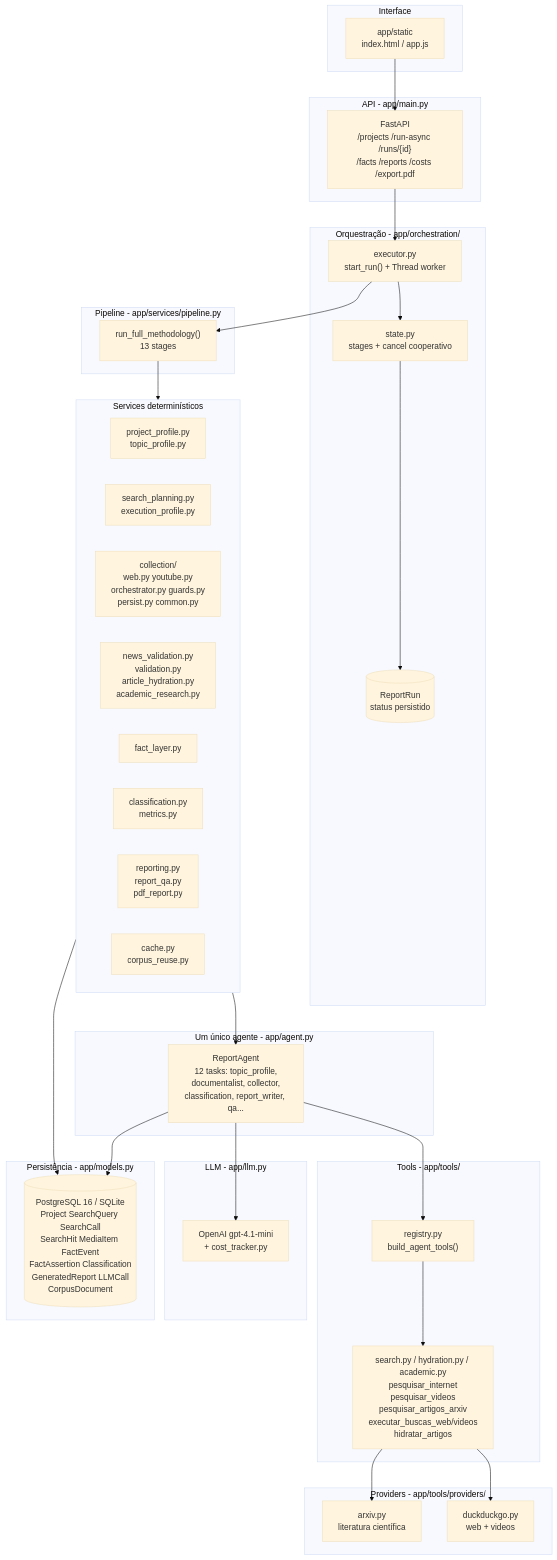
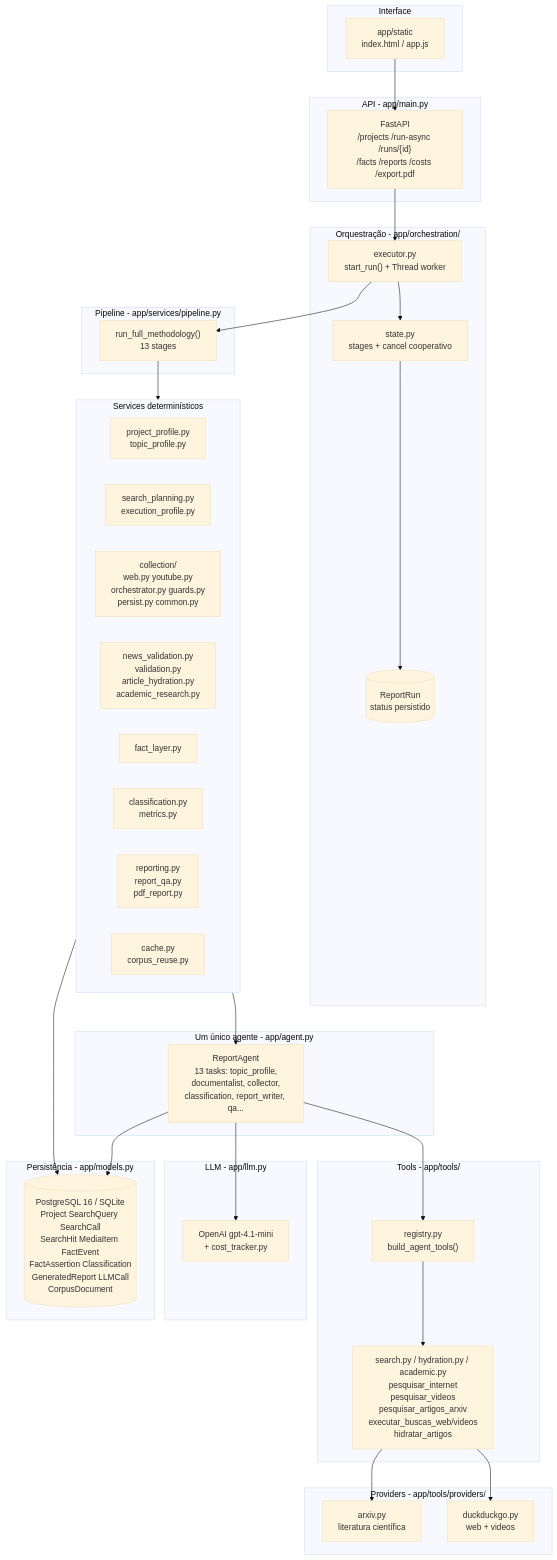
Before and after one commit to 0rakul0/relatorio-midiatico-isp: the first of 4 diagrams in README.md, drawn with Mermaid (base theme). The commit also changed other lines of this file, not shown here.

Commit message:
docs: update ReportAgent task count

````diff
--- a/README.md
+++ b/README.md
@@ -104,68 +104,68 @@
 ```mermaid
 flowchart TB
     subgraph UI[Interface]
         Static["app/static<br/>index.html / app.js"]
     end
 
     subgraph API[API - app/main.py]
         FastAPI["FastAPI<br/>/projects /run-async /runs/{id}<br/>/facts /reports /costs /export.pdf"]
     end
 
     subgraph ORCH[Orquestração - app/orchestration/]
         Executor["executor.py<br/>start_run() + Thread worker"]
         State["state.py<br/>stages + cancel cooperativo"]
         ReportRunDB[("ReportRun<br/>status persistido")]
     end
 
     subgraph PIPE[Pipeline - app/services/pipeline.py]
         Pipeline["run_full_methodology()<br/>13 stages"]
     end
 
     subgraph SVC[Services determinísticos]
         Profile["project_profile.py<br/>topic_profile.py"]
         Plan["search_planning.py<br/>execution_profile.py"]
         Collect["collection/<br/>web.py youtube.py<br/>orchestrator.py guards.py<br/>persist.py common.py"]
         Validate["news_validation.py<br/>validation.py<br/>article_hydration.py<br/>academic_research.py"]
         Facts["fact_layer.py"]
         Classify["classification.py<br/>metrics.py"]
         Write["reporting.py<br/>report_qa.py<br/>pdf_report.py"]
         Cache["cache.py<br/>corpus_reuse.py"]
     end
 
     subgraph AGENT[Um único agente - app/agent.py]
-        ReportAgent["ReportAgent<br/>12 tasks: topic_profile,<br/>documentalist, collector,<br/>classification, report_writer, qa..."]
+        ReportAgent["ReportAgent<br/>13 tasks: topic_profile,<br/>documentalist, collector,<br/>classification, report_writer, qa..."]
     end
 
     subgraph TOOLS[Tools - app/tools/]
         Registry["registry.py<br/>build_agent_tools()"]
         SearchTools["search.py / hydration.py / academic.py<br/>pesquisar_internet<br/>pesquisar_videos<br/>pesquisar_artigos_arxiv<br/>executar_buscas_web/videos<br/>hidratar_artigos"]
     end
 
     subgraph PROV[Providers - app/tools/providers/]
         DDG["duckduckgo.py<br/>web + videos"]
         ARXIV["arxiv.py<br/>literatura científica"]
     end
 
     subgraph DATA[Persistência - app/models.py]
         DB[("PostgreSQL 16 / SQLite<br/>Project SearchQuery SearchCall<br/>SearchHit MediaItem FactEvent<br/>FactAssertion Classification<br/>GeneratedReport LLMCall<br/>CorpusDocument")]
     end
 
     subgraph LLM[LLM - app/llm.py]
         OpenAI["OpenAI gpt-4.1-mini<br/>+ cost_tracker.py"]
     end
 
     Static --> FastAPI
     FastAPI --> Executor
     Executor --> State
     State --> ReportRunDB
     Executor --> Pipeline
     Pipeline --> SVC
     SVC --> ReportAgent
     ReportAgent --> Registry
     Registry --> SearchTools
     SearchTools --> DDG
     SearchTools --> ARXIV
     SVC --> DB
     ReportAgent --> OpenAI
     ReportAgent --> DB
 ```
````
